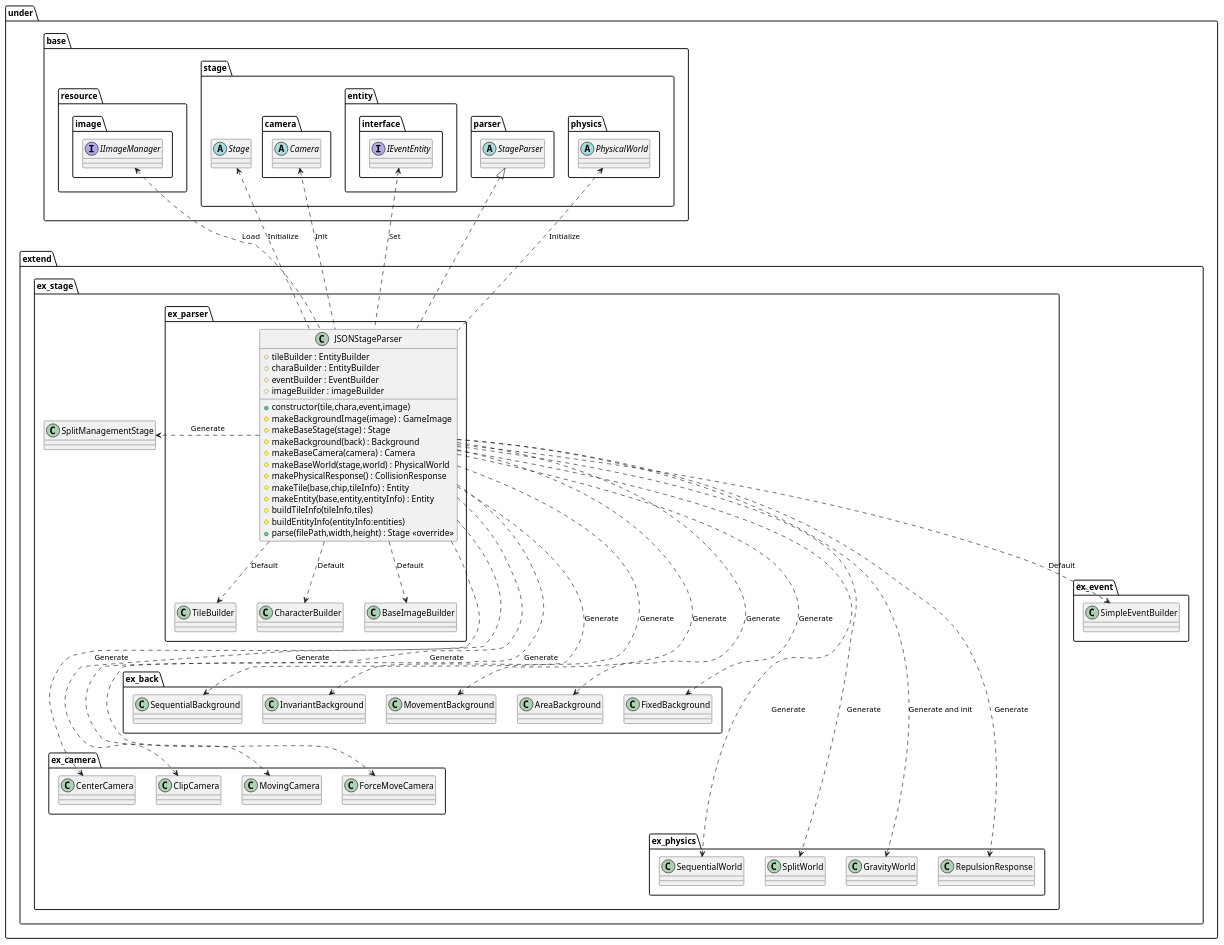
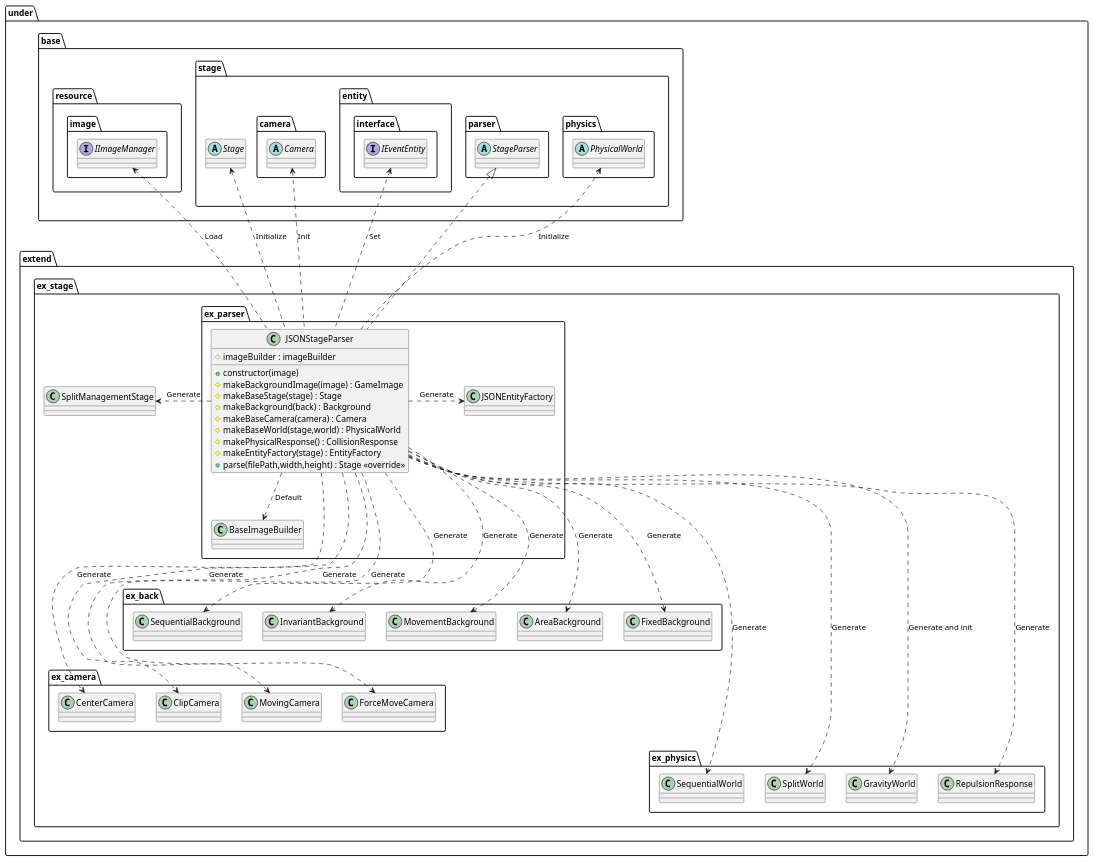
The diagram in uml/parser/JSON.wsd (Expine/Under), drawn with PlantUML before and after one commit. The commit also changed 34 other files, not shown here.

Commit message:
Fix entity extend, remove punch and sign can show game image

```diff
--- a/uml/parser/JSON.wsd
+++ b/uml/parser/JSON.wsd
@@ -1,117 +1,109 @@
 @startuml ParserJSON
 
 package under {
     package extend {
         package ex_stage {
             package ex_parser {
                 class JSONStageParser {
-                    +constructor(tile,chara,event,image)
-                    #tileBuilder : EntityBuilder
-                    #charaBuilder : EntityBuilder
-                    #eventBuilder : EventBuilder
+                    +constructor(image)
                     #imageBuilder : imageBuilder
                     #makeBackgroundImage(image) : GameImage
                     #makeBaseStage(stage) : Stage
                     #makeBackground(back) : Background
                     #makeBaseCamera(camera) : Camera
                     #makeBaseWorld(stage,world) : PhysicalWorld
                     #makePhysicalResponse() : CollisionResponse
-                    #makeTile(base,chip,tileInfo) : Entity
-                    #makeEntity(base,entity,entityInfo) : Entity
-                    #buildTileInfo(tileInfo,tiles)
-                    #buildEntityInfo(entityInfo:entities)
+                    #makeEntityFactory(stage) : EntityFactory
                     +parse(filePath,width,height) : Stage <<override>>
                 }
             }
         }
     }
 }
 
 package under {
     package base {
         package resource {
             package image {
                 interface IImageManager
             }
         }
         package stage {
             abstract Stage
             package camera {
                 abstract Camera
             }
             package entity {
                 package interface {
                     interface IEventEntity
                 }
             }
             package parser {
                 abstract StageParser
             }
             package physics {
                 abstract PhysicalWorld
             }
         }
     }
     package extend {
-        package ex_event {
-            class SimpleEventBuilder
-        }
         package ex_stage {
             class SplitManagementStage
             package ex_parser {
-                class TileBuilder
-                class CharacterBuilder
                 class BaseImageBuilder
+                class JSONEntityFactory
             }
             package ex_camera {
                 class CenterCamera
                 class ClipCamera
                 class MovingCamera
                 class ForceMoveCamera
             }
             package ex_back {
                 class SequentialBackground
                 class InvariantBackground
                 class MovementBackground
                 class AreaBackground
                 class FixedBackground
             }
             package ex_physics {
                 class SequentialWorld
                 class SplitWorld
                 class GravityWorld
                 class RepulsionResponse
             }
         }
 
     }
 }
 
 JSONStageParser .> SplitManagementStage : Generate
+JSONStageParser .> JSONEntityFactory : Generate
+
 JSONStageParser ...> SequentialBackground : Generate
 JSONStageParser ...> InvariantBackground : Generate
 JSONStageParser ...> MovementBackground : Generate
 JSONStageParser ...> AreaBackground : Generate
 JSONStageParser ...> FixedBackground : Generate
+
 JSONStageParser ....> CenterCamera : Generate
 JSONStageParser ....> ClipCamera : Generate
 JSONStageParser ....> MovingCamera : Generate
 JSONStageParser ....> ForceMoveCamera : Generate
+
 JSONStageParser .....> SequentialWorld : Generate
 JSONStageParser .....> SplitWorld : Generate
 JSONStageParser .....> GravityWorld : Generate and init
 JSONStageParser .....> RepulsionResponse : Generate
+
 IImageManager <..  JSONStageParser: Load
 Stage <..  JSONStageParser: Initialize
 PhysicalWorld <..  JSONStageParser: Initialize
 IEventEntity <.. JSONStageParser : Set
 Camera <.. JSONStageParser : Init
 
-JSONStageParser ..> TileBuilder : Default
-JSONStageParser ..> CharacterBuilder : Default
 JSONStageParser ..> BaseImageBuilder : Default
-JSONStageParser ..> SimpleEventBuilder : Default
 
 StageParser <|.. JSONStageParser
 
 @enduml
```
